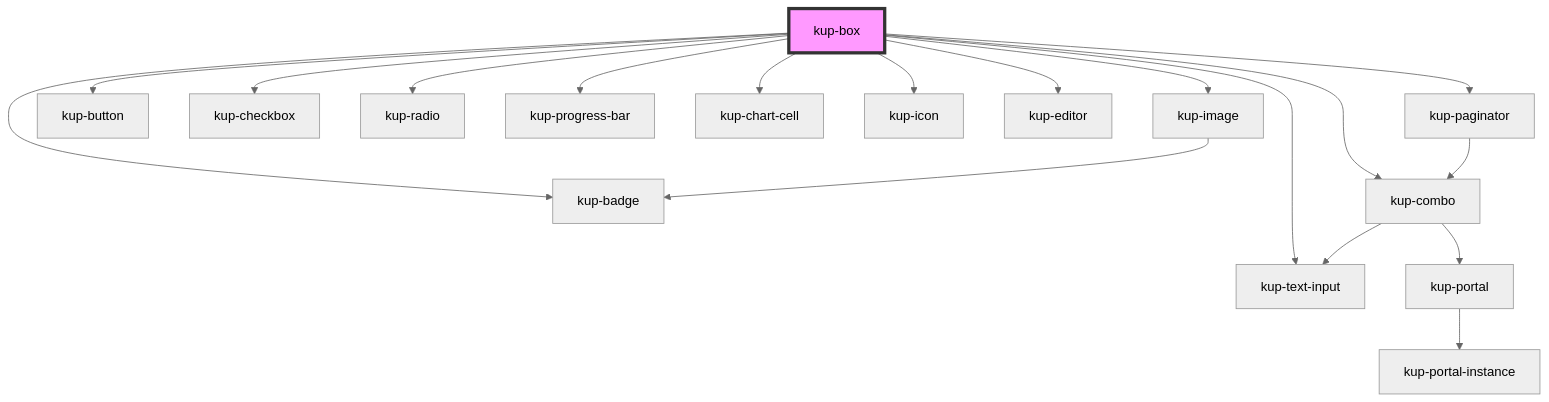
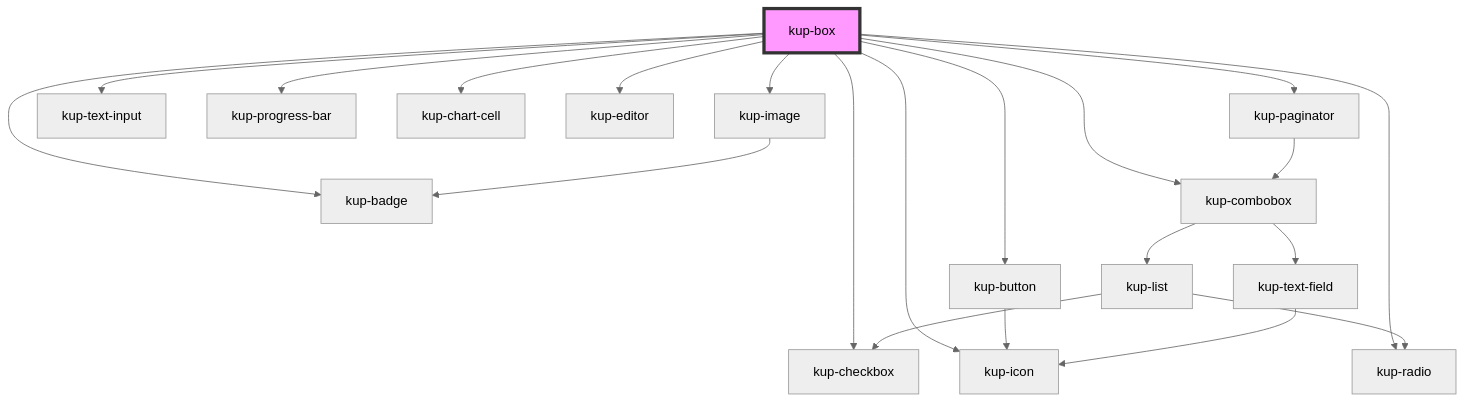
Before and after one commit to smeup/ketchup: the diagram in packages/ketchup/src/components/kup-box/readme.md, drawn with Mermaid (neutral theme). The commit also changed other lines of this file and 60 other files, not shown here.

Commit message:
wup icon > kup icon. Fixes to showcase. Regen of readme files.

````diff
--- a/packages/ketchup/src/components/kup-box/readme.md
+++ b/packages/ketchup/src/components/kup-box/readme.md
@@ -97,21 +97,24 @@
 ```mermaid
 graph TD;
+  kup-box --> kup-checkbox
   kup-box --> kup-badge
   kup-box --> kup-image
   kup-box --> kup-button
-  kup-box --> kup-checkbox
   kup-box --> kup-radio
   kup-box --> kup-text-input
   kup-box --> kup-progress-bar
   kup-box --> kup-chart-cell
   kup-box --> kup-icon
   kup-box --> kup-editor
-  kup-box --> kup-combo
+  kup-box --> kup-combobox
   kup-box --> kup-paginator
   kup-image --> kup-badge
-  kup-combo --> kup-text-input
-  kup-combo --> kup-portal
-  kup-portal --> kup-portal-instance
-  kup-paginator --> kup-combo
+  kup-button --> kup-icon
+  kup-combobox --> kup-text-field
+  kup-combobox --> kup-list
+  kup-text-field --> kup-icon
+  kup-list --> kup-radio
+  kup-list --> kup-checkbox
+  kup-paginator --> kup-combobox
   style kup-box fill:#f9f,stroke:#333,stroke-width:4px
 ```
````
